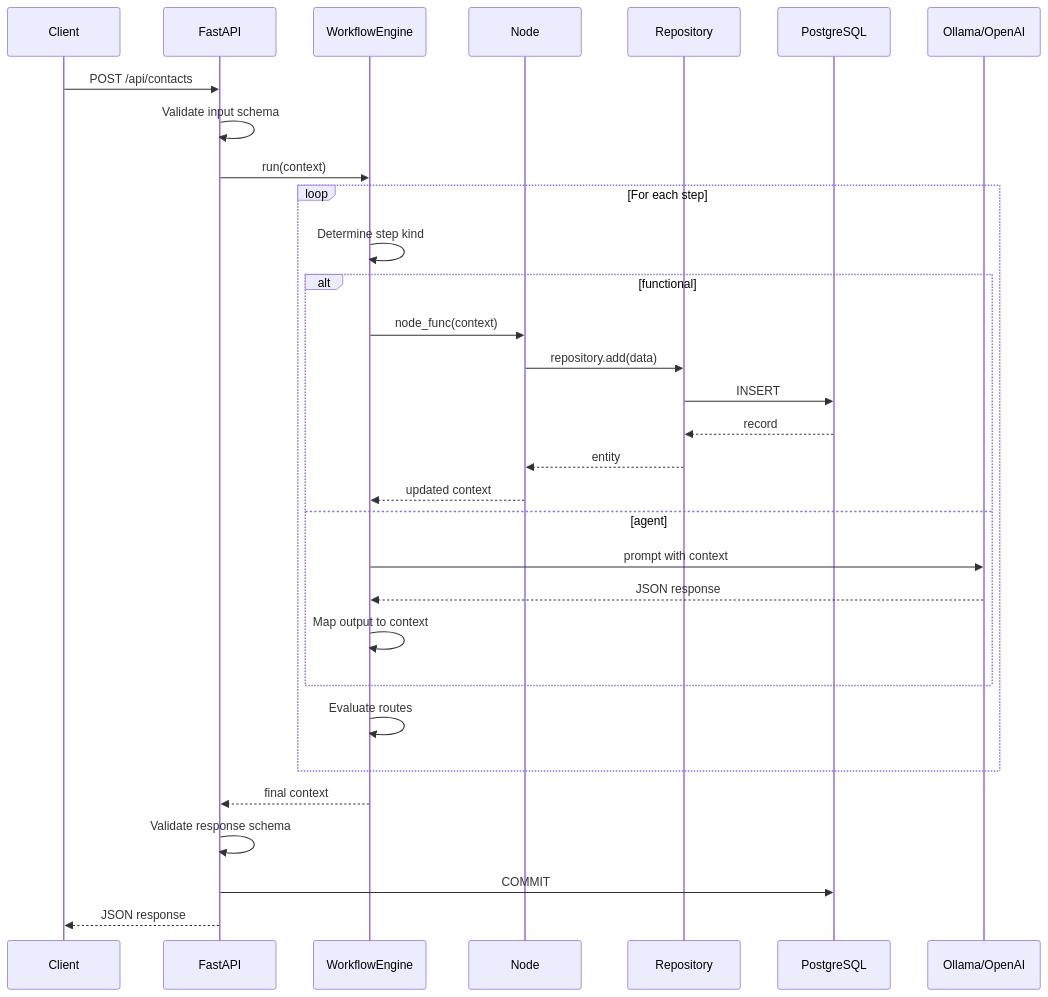
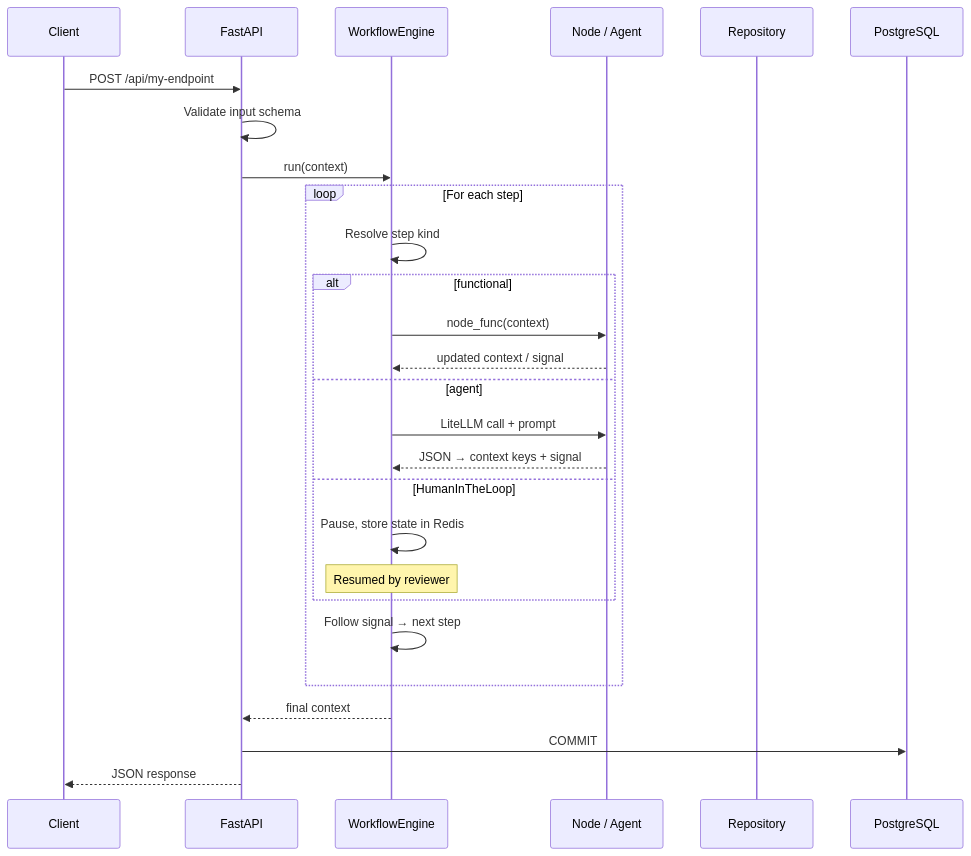
Before and after one commit to tuvl-io/docs: the second of 2 diagrams in docs/concepts/architecture.md, drawn with Mermaid. The commit also changed other lines of this file and 15 other files, not shown here.

````diff
--- a/docs/concepts/architecture.md
+++ b/docs/concepts/architecture.md
@@ -189,36 +158,32 @@
 ```mermaid
 sequenceDiagram
     participant C as Client
     participant F as FastAPI
     participant W as WorkflowEngine
-    participant N as Node
+    participant N as Node / Agent
     participant R as Repository
     participant DB as PostgreSQL
-    participant LLM as Ollama/OpenAI
-    
-    C->>F: POST /api/contacts
+
+    C->>F: POST /api/my-endpoint
     F->>F: Validate input schema
     F->>W: run(context)
-    
+
     loop For each step
-        W->>W: Determine step kind
+        W->>W: Resolve step kind
         alt functional
             W->>N: node_func(context)
-            N->>R: repository.add(data)
-            R->>DB: INSERT
-            DB-->>R: record
-            R-->>N: entity
-            N-->>W: updated context
+            N-->>W: updated context / signal
         else agent
-            W->>LLM: prompt with context
-            LLM-->>W: JSON response
-            W->>W: Map output to context
+            W->>N: LiteLLM call + prompt
+            N-->>W: JSON → context keys + signal
+        else HumanInTheLoop
+            W->>W: Pause, store state in Redis
+            Note over W: Resumed by reviewer
         end
-        W->>W: Evaluate routes
+        W->>W: Follow signal → next step
     end
-    
+
     W-->>F: final context
-    F->>F: Validate response schema
     F->>DB: COMMIT
     F-->>C: JSON response
 ```
````
